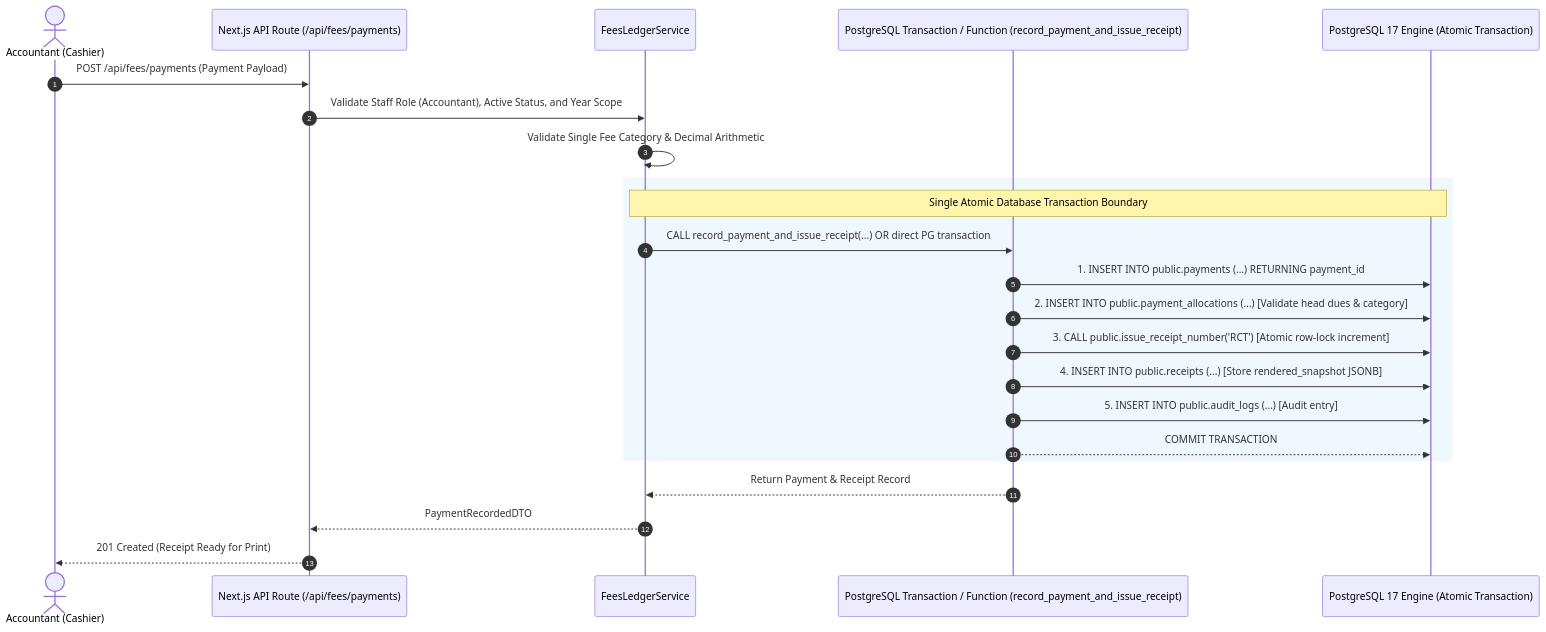
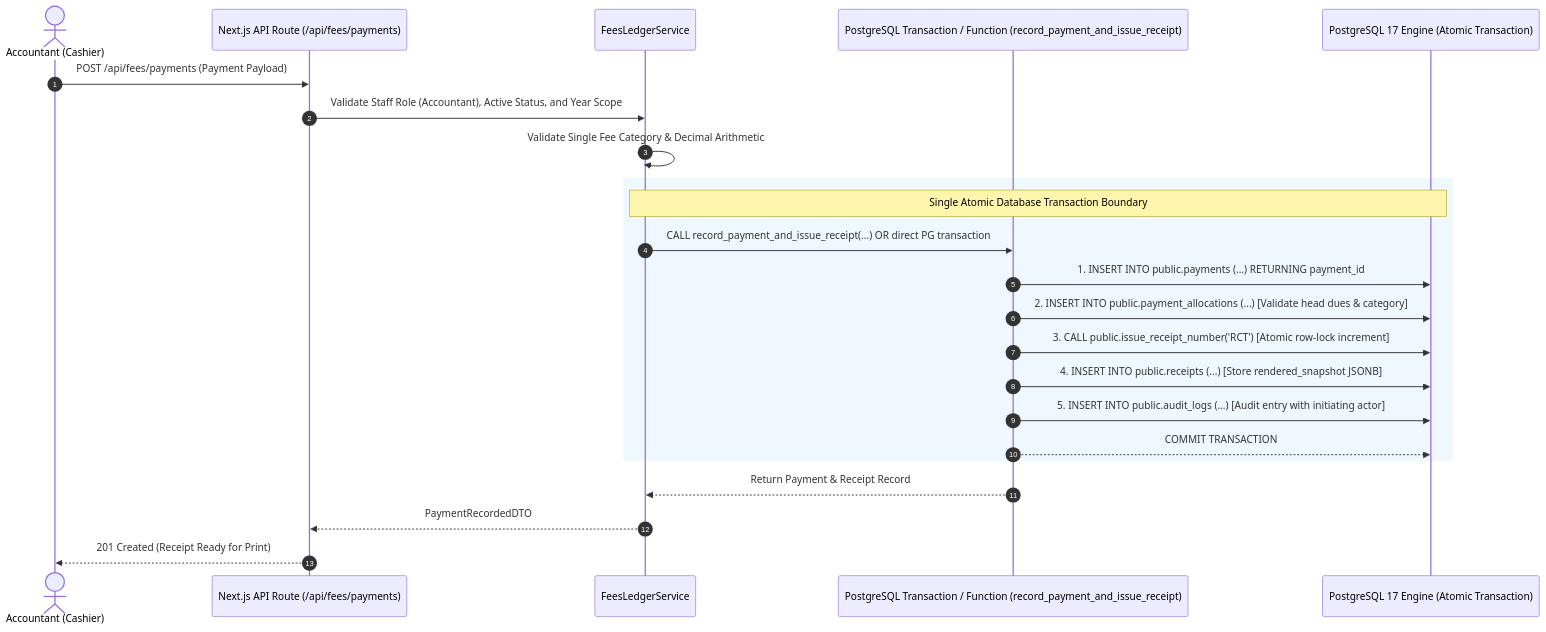
One commit to Intallo/Admission-Fee-Management-Portal changed the second of 2 diagrams in docs/adr/ADR-001-modular-monolith.md. Above: the diagram before and after it, drawn with Mermaid. The commit also changed other lines of this file, not shown here.

````diff
--- a/docs/adr/ADR-001-modular-monolith.md
+++ b/docs/adr/ADR-001-modular-monolith.md
@@ -143,28 +159,28 @@
 ```mermaid
 sequenceDiagram
     autonumber
     actor Cashier as Accountant (Cashier)
     participant API as Next.js API Route (/api/fees/payments)
     participant Service as FeesLedgerService
     participant RPC as PostgreSQL Transaction / Function (record_payment_and_issue_receipt)
     participant DB as PostgreSQL 17 Engine (Atomic Transaction)
     
     Cashier->>API: POST /api/fees/payments (Payment Payload)
     API->>Service: Validate Staff Role (Accountant), Active Status, and Year Scope
     Service->>Service: Validate Single Fee Category & Decimal Arithmetic
     
     rect rgb(240, 248, 255)
         note over Service,DB: Single Atomic Database Transaction Boundary
         Service->>RPC: CALL record_payment_and_issue_receipt(...) OR direct PG transaction
         RPC->>DB: 1. INSERT INTO public.payments (...) RETURNING payment_id
         RPC->>DB: 2. INSERT INTO public.payment_allocations (...) [Validate head dues & category]
         RPC->>DB: 3. CALL public.issue_receipt_number('RCT') [Atomic row-lock increment]
         RPC->>DB: 4. INSERT INTO public.receipts (...) [Store rendered_snapshot JSONB]
-        RPC->>DB: 5. INSERT INTO public.audit_logs (...) [Audit entry]
+        RPC->>DB: 5. INSERT INTO public.audit_logs (...) [Audit entry with initiating actor]
         RPC-->>DB: COMMIT TRANSACTION
     end
     
     RPC-->>Service: Return Payment & Receipt Record
     Service-->>API: PaymentRecordedDTO
     API-->>Cashier: 201 Created (Receipt Ready for Print)
 ```
````
